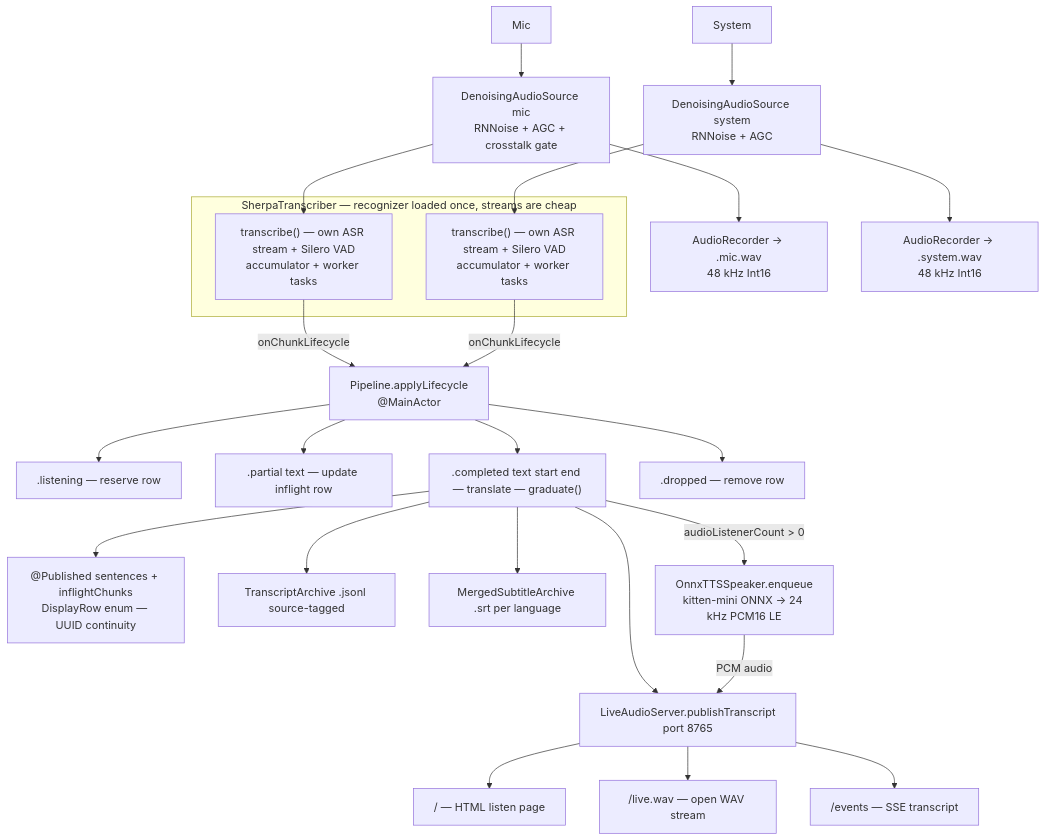
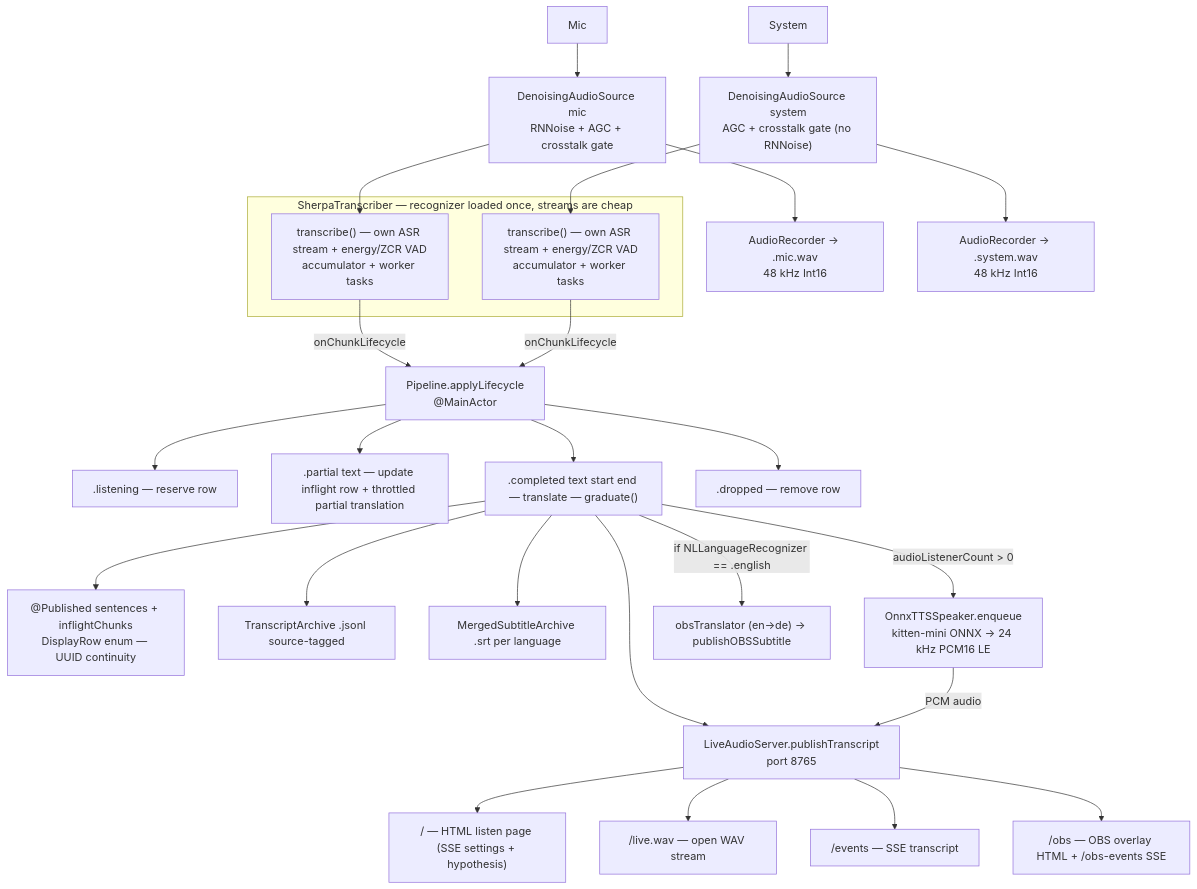
The first of 2 diagrams in CLAUDE.md (mtib/live-translate-de-en-onnx), drawn with Mermaid before and after one commit. The commit also changed other lines of this file and 2 other files, not shown here.

First line of the commit message:
fix(ui): in-place text updates, no flicker on partials

````diff
--- a/CLAUDE.md
+++ b/CLAUDE.md
@@ -130,35 +133,37 @@
 ```mermaid
 flowchart TD
     Mic[Mic] --> DenMic["DenoisingAudioSource mic\nRNNoise + AGC + crosstalk gate"]
     DenMic --> RecMic["AudioRecorder → .mic.wav\n48 kHz Int16"]
-    DenMic --> TMic["transcribe() — own ASR stream + Silero VAD\naccumulator + worker tasks"]
+    DenMic --> TMic["transcribe() — own ASR stream + energy/ZCR VAD\naccumulator + worker tasks"]
 
-    Sys[System] --> DenSys["DenoisingAudioSource system\nRNNoise + AGC"]
+    Sys[System] --> DenSys["DenoisingAudioSource system\nAGC + crosstalk gate (no RNNoise)"]
     DenSys --> RecSys["AudioRecorder → .system.wav\n48 kHz Int16"]
-    DenSys --> TSys["transcribe() — own ASR stream + Silero VAD\naccumulator + worker tasks"]
+    DenSys --> TSys["transcribe() — own ASR stream + energy/ZCR VAD\naccumulator + worker tasks"]
 
     subgraph Transcriber["SherpaTranscriber — recognizer loaded once, streams are cheap"]
         TMic
         TSys
     end
 
     TMic -->|onChunkLifecycle| Pipe["Pipeline.applyLifecycle\n@MainActor"]
     TSys -->|onChunkLifecycle| Pipe
 
     Pipe --> EL[".listening — reserve row"]
-    Pipe --> EP[".partial text — update inflight row"]
+    Pipe --> EP[".partial text — update inflight row + throttled partial translation"]
     Pipe --> EC[".completed text start end — translate — graduate()"]
     Pipe --> ED[".dropped — remove row"]
 
     EC --> UI["@Published sentences + inflightChunks\nDisplayRow enum — UUID continuity"]
     EC --> JSONL["TranscriptArchive .jsonl source-tagged"]
     EC --> SRT["MergedSubtitleArchive .srt per language"]
     EC --> Server["LiveAudioServer.publishTranscript\nport 8765"]
     EC -->|"audioListenerCount > 0"| TTS["OnnxTTSSpeaker.enqueue\nkitten-mini ONNX → 24 kHz PCM16 LE"]
+    EC -->|"if NLLanguageRecognizer == .english"| OBS["obsTranslator (en→de) → publishOBSSubtitle"]
 
     TTS -->|PCM audio| Server
 
-    Server --> R1["/ — HTML listen page"]
+    Server --> R1["/ — HTML listen page (SSE settings + hypothesis)"]
     Server --> R2["/live.wav — open WAV stream"]
     Server --> R3["/events — SSE transcript"]
+    Server --> R4["/obs — OBS overlay HTML + /obs-events SSE"]
 ```
````
